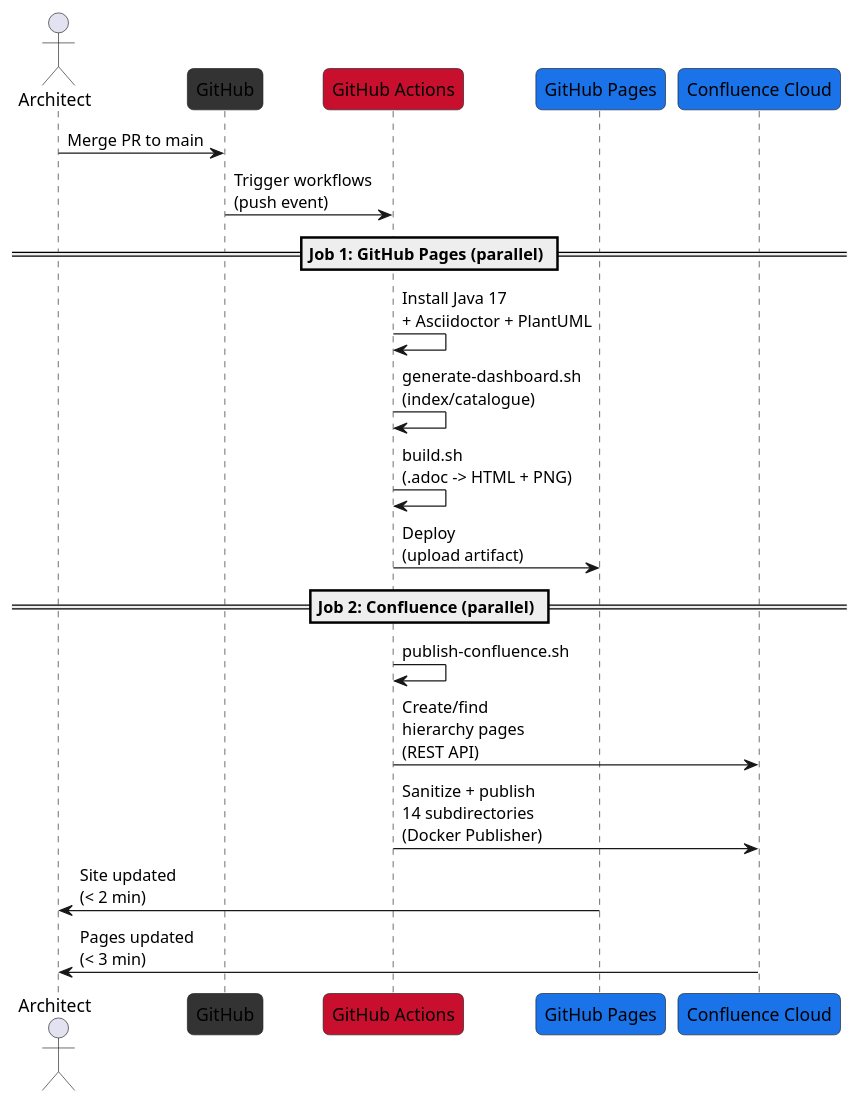
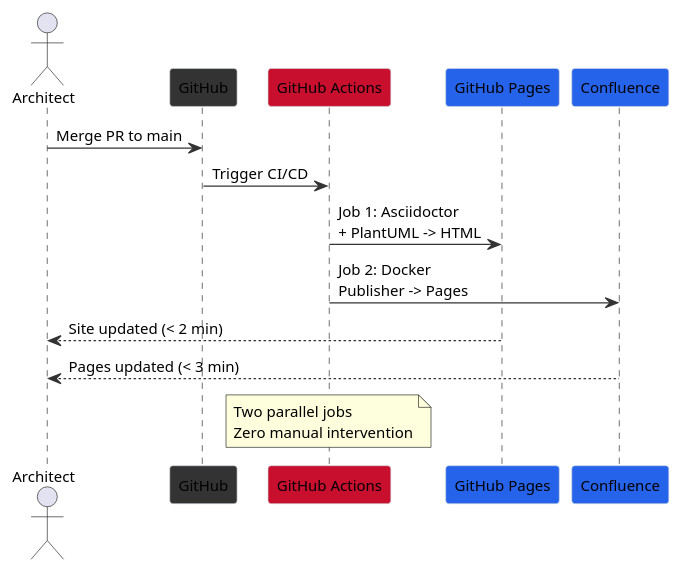
Before and after one commit to KiyaliHQ/proven-reusable-architecture: the seventh of 7 diagrams in content/pras/en/overview.adoc, drawn with PlantUML. The commit also changed other lines of this file and 1 other file, not shown here.

First line of the commit message:
fix: improve PlantUML diagrams for stakeholder presentation

```diff
--- a/content/pras/en/overview.adoc
+++ b/content/pras/en/overview.adoc
@@ -318,32 +271,34 @@
 [plantuml]
 ----
 @startuml
 skinparam backgroundColor transparent
-skinparam participant {
-  RoundCorner 10
+skinparam defaultFontName "Segoe UI"
+skinparam defaultFontSize 12
+skinparam shadowing false
+skinparam ArrowColor #333333
+skinparam sequence {
+  ParticipantBackgroundColor #ffffff
+  ParticipantBorderColor #d1d5db
 }
 
 actor "Architect" as arch
-participant "GitHub" as gh #333
-participant "GitHub Actions" as gha #c8102e
-participant "GitHub Pages" as ghp #1a73e8
-participant "Confluence Cloud" as conf #1a73e8
+participant "GitHub" as gh #333333
+participant "GitHub Actions" as ci #c8102e
+participant "GitHub Pages" as ghp #2563eb
+participant "Confluence" as conf #2563eb
 
 arch -> gh : Merge PR to main
-gh -> gha : Trigger workflows\n(push event)
+gh -> ci : Trigger CI/CD
 
-== Job 1: GitHub Pages (parallel) ==
-gha -> gha : Install Java 17\n+ Asciidoctor + PlantUML
-gha -> gha : generate-dashboard.sh\n(index/catalogue)
-gha -> gha : build.sh\n(.adoc -> HTML + PNG)
-gha -> ghp : Deploy\n(upload artifact)
+ci -> ghp : Job 1: Asciidoctor\n+ PlantUML -> HTML
+ci -> conf : Job 2: Docker\nPublisher -> Pages
 
-== Job 2: Confluence (parallel) ==
-gha -> gha : publish-confluence.sh
-gha -> conf : Create/find\nhierarchy pages\n(REST API)
-gha -> conf : Sanitize + publish\n14 subdirectories\n(Docker Publisher)
+ghp --> arch : Site updated (< 2 min)
+conf --> arch : Pages updated (< 3 min)
 
-ghp -> arch : Site updated\n(< 2 min)
-conf -> arch : Pages updated\n(< 3 min)
+note over ci
+  Two parallel jobs
+  Zero manual intervention
+end note
 @enduml
 ----
```
